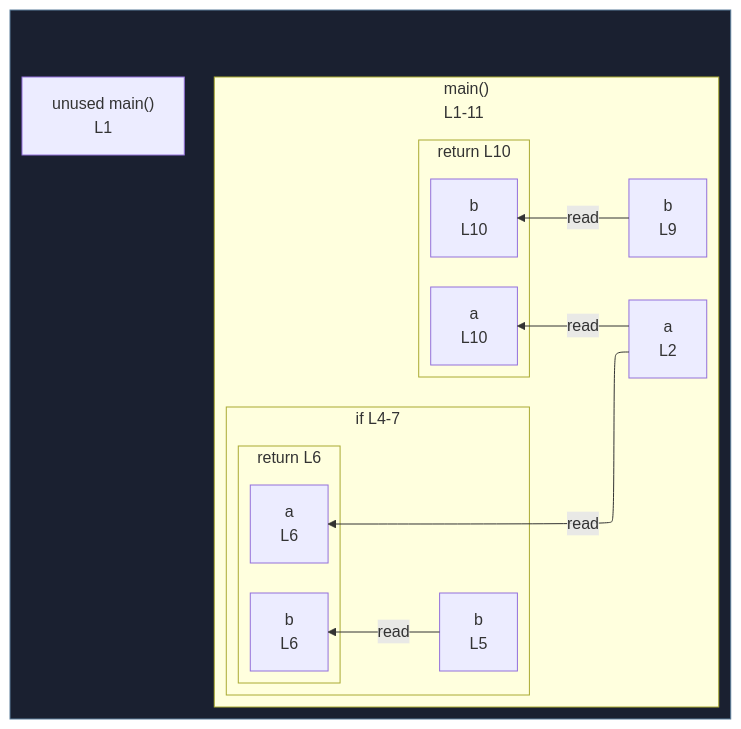
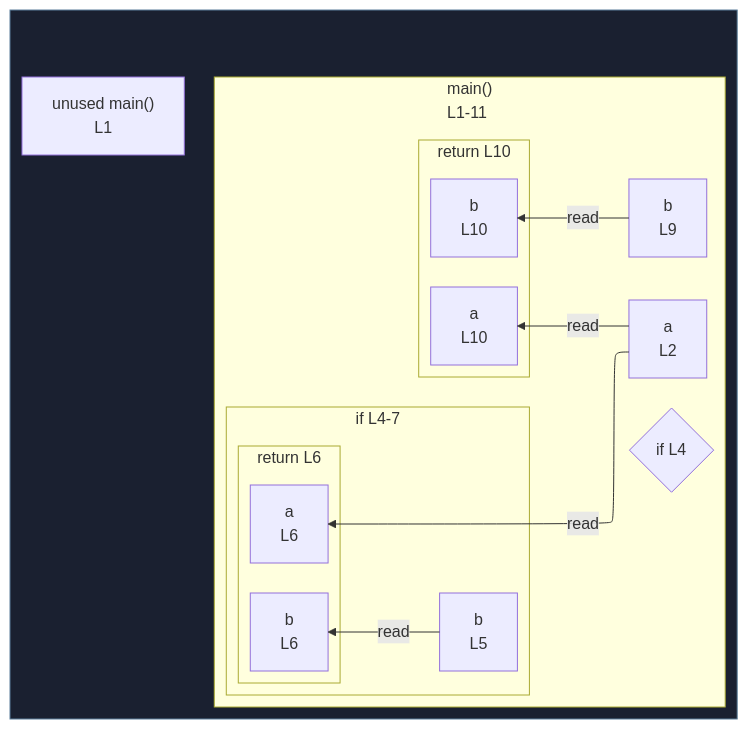
One commit to crescware/unsnarl changed the diagram in integration/fixtures/function-multi-return-shorthand/preview.md. Above: the diagram before and after it, drawn with Mermaid. The commit also changed 42 other files, not shown here.

````diff
--- a/integration/fixtures/function-multi-return-shorthand/preview.md
+++ b/integration/fixtures/function-multi-return-shorthand/preview.md
@@ -21,33 +21,34 @@
 ```mermaid
 %%{init: {"flowchart": {"defaultRenderer": "elk"}}}%%
 flowchart RL
   subgraph wrap_s_scope_1[" "]
     direction TB
     n_scope_0_main_9["unused main()<br/>L1"]
     subgraph s_scope_1["main()<br/>L1-11"]
       direction RL
       n_scope_1_a_26["a<br/>L2"]
       n_scope_1_b_119["b<br/>L9"]
+      if_test_scope_1_38{"if L4"}
       subgraph s_scope_2["if L4-7"]
         direction RL
         n_scope_2_b_75["b<br/>L5"]
         subgraph s_return_scope_0_main_9_89_105["return L6"]
           direction RL
           ret_use_ref_1["a<br/>L6"]
           ret_use_ref_2["b<br/>L6"]
         end
       end
       subgraph s_return_scope_0_main_9_131_147["return L10"]
         direction RL
         ret_use_ref_3["a<br/>L10"]
         ret_use_ref_4["b<br/>L10"]
       end
     end
   end
   n_scope_1_a_26 -->|read| ret_use_ref_1
   n_scope_2_b_75 -->|read| ret_use_ref_2
   n_scope_1_a_26 -->|read| ret_use_ref_3
   n_scope_1_b_119 -->|read| ret_use_ref_4
   classDef fnWrap fill:#1a2030,stroke:#5a7d99;
   class wrap_s_scope_1 fnWrap;
 ```
````
